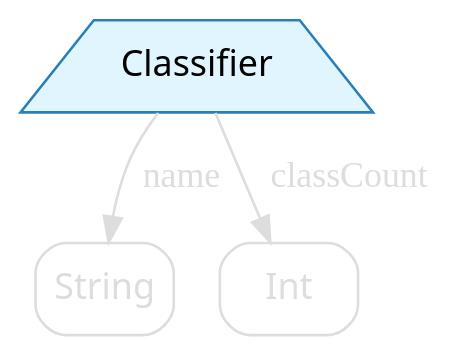
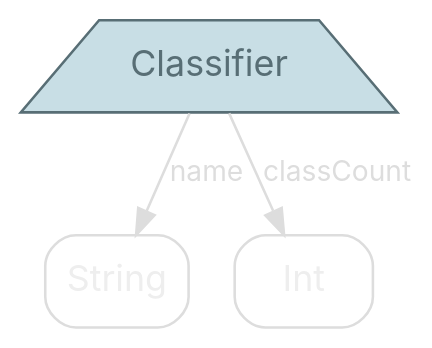
One commit to nrinaudo/optics-from-the-ground-up changed the diagram in src/graphviz/classifier-1.dot. Above: the diagram before and after it, drawn with Graphviz. The commit also changed 67 other files, not shown here.

```diff
--- a/src/graphviz/classifier-1.dot
+++ b/src/graphviz/classifier-1.dot
@@ -1,20 +1,17 @@
 digraph {
     bgcolor=transparent
 
     // Default theme
-    node[shape="rectangle" style="rounded,filled" color="#dddddd" fontname="Segoe UI,Roboto,Helvetica,Arial,sans-serif" fillcolor="#ffffff" fontcolor="#dddddd"]
-    edge [color="#dddddd" fontcolor="#dddddd"]
+    node[shape="rectangle" style="rounded,filled" color="#586E75" fillcolor="#ffffff" fontcolor="#586E75" fontname="Inter,Arial"]
+    edge[color="#586E75" fontcolor="#586E75" fontname="Inter,Arial" fontsize=11]
 
     // product types
-    classifier [shape=trapezium style=filled fillcolor="#e1f5fe"]
-
-    // Lit nodes
-    classifier [color="#2980B9", fontcolor="#000000"]
+    classifier[shape=trapezium style=filled fillcolor="#C8DEE5"]
 
     classifier[label=Classifier]
-    classifier_name[label=String shape=box]
-    classifier_classCount[label=Int shape=box]
+    classifier_name[label=String shape=box color="#dddddd" fontcolor="#eeeeee"]
+    classifier_classCount[label=Int shape=box color="#dddddd" fontcolor="#eeeeee"]
 
-    classifier -> classifier_name [label=name]
-    classifier -> classifier_classCount [label=classCount]
+    classifier -> classifier_name[label=name color="#dddddd" fontcolor="#dddddd"]
+    classifier -> classifier_classCount[label=classCount color="#dddddd" fontcolor="#dddddd"]
 }
```
